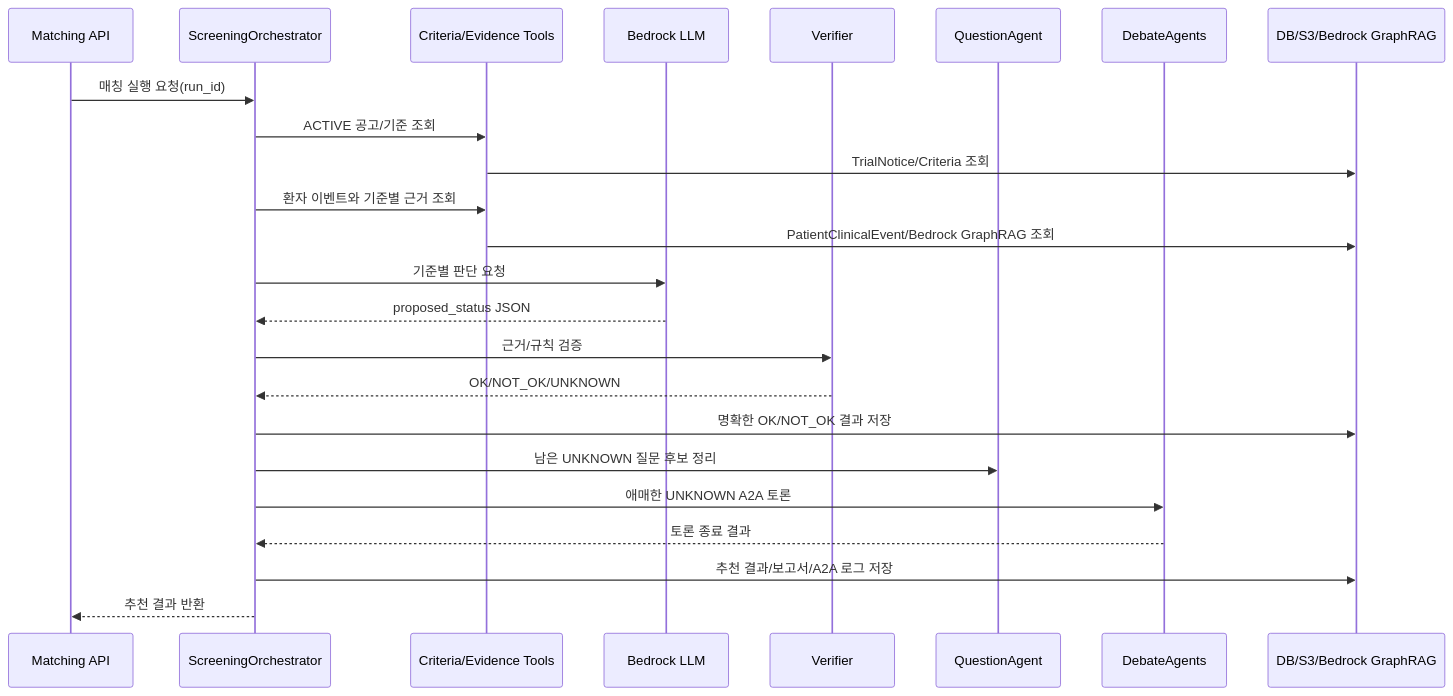
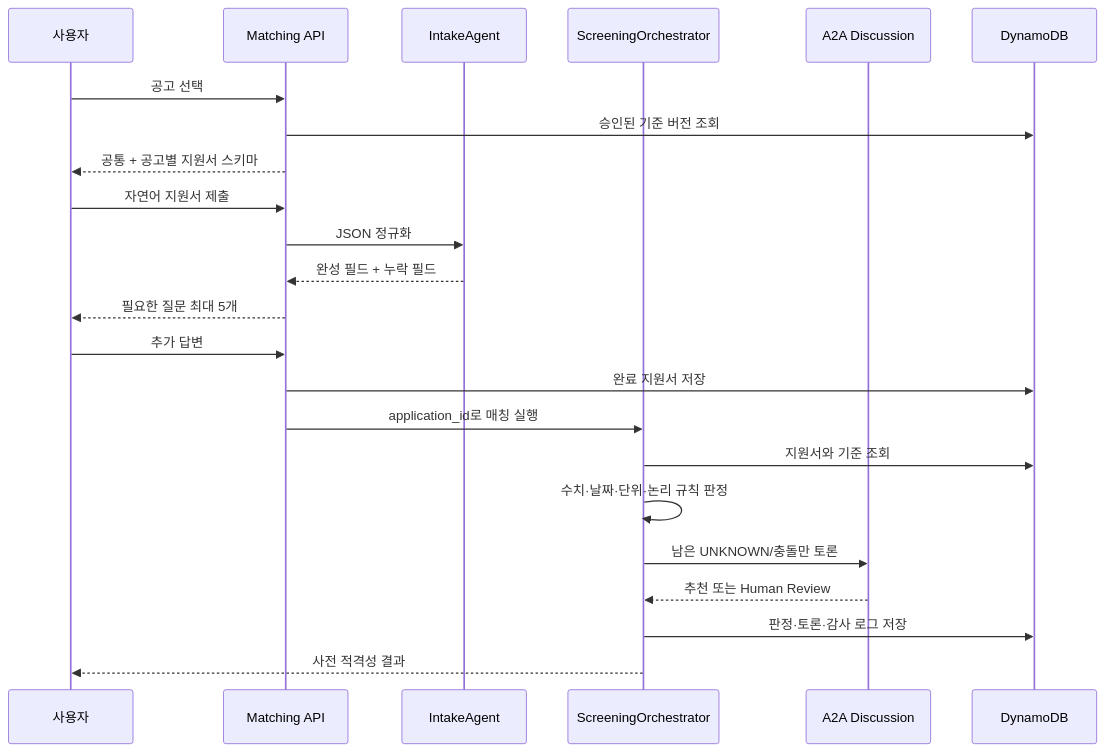
One commit to 1jaekim/AWS_Healthcare changed the second of 3 diagrams in doc/ARCHITECTURE_V2.md. Above: the diagram before and after it, drawn with Mermaid. The commit also changed other lines of this file and 80 other files, not shown here.

````diff
--- a/doc/ARCHITECTURE_V2.md
+++ b/doc/ARCHITECTURE_V2.md
@@ -247,27 +104,26 @@
 ```mermaid
 sequenceDiagram
+    participant U as 사용자
     participant API as Matching API
-    participant ORCH as ScreeningOrchestrator
-    participant TOOL as Criteria/Evidence Tools
-    participant LLM as Bedrock LLM
-    participant VERIFY as Verifier
-    participant Q as QuestionAgent
-    participant D as DebateAgents
-    participant DB as DB/S3/Bedrock GraphRAG
+    participant I as IntakeAgent
+    participant O as ScreeningOrchestrator
+    participant D as A2A Discussion
+    participant DB as DynamoDB
 
-    API->>ORCH: 매칭 실행 요청(run_id)
-    ORCH->>TOOL: ACTIVE 공고/기준 조회
-    TOOL->>DB: TrialNotice/Criteria 조회
-    ORCH->>TOOL: 환자 이벤트와 기준별 근거 조회
-    TOOL->>DB: PatientClinicalEvent/Bedrock GraphRAG 조회
-    ORCH->>LLM: 기준별 판단 요청
-    LLM-->>ORCH: proposed_status JSON
-    ORCH->>VERIFY: 근거/규칙 검증
-    VERIFY-->>ORCH: OK/NOT_OK/UNKNOWN
-    ORCH->>DB: 명확한 OK/NOT_OK 결과 저장
-    ORCH->>Q: 남은 UNKNOWN 질문 후보 정리
-    ORCH->>D: 애매한 UNKNOWN A2A 토론
-    D-->>ORCH: 토론 종료 결과
-    ORCH->>DB: 추천 결과/보고서/A2A 로그 저장
-    ORCH-->>API: 추천 결과 반환
+    U->>API: 공고 선택
+    API->>DB: 승인된 기준 버전 조회
+    API-->>U: 공통 + 공고별 지원서 스키마
+    U->>API: 자연어 지원서 제출
+    API->>I: JSON 정규화
+    I-->>API: 완성 필드 + 누락 필드
+    API-->>U: 필요한 질문 최대 5개
+    U->>API: 추가 답변
+    API->>DB: 완료 지원서 저장
+    API->>O: application_id로 매칭 실행
+    O->>DB: 지원서와 기준 조회
+    O->>O: 수치·날짜·단위·논리 규칙 판정
+    O->>D: 남은 UNKNOWN/충돌만 토론
+    D-->>O: 추천 또는 Human Review
+    O->>DB: 판정·토론·감사 로그 저장
+    O-->>U: 사전 적격성 결과
 ```
````
